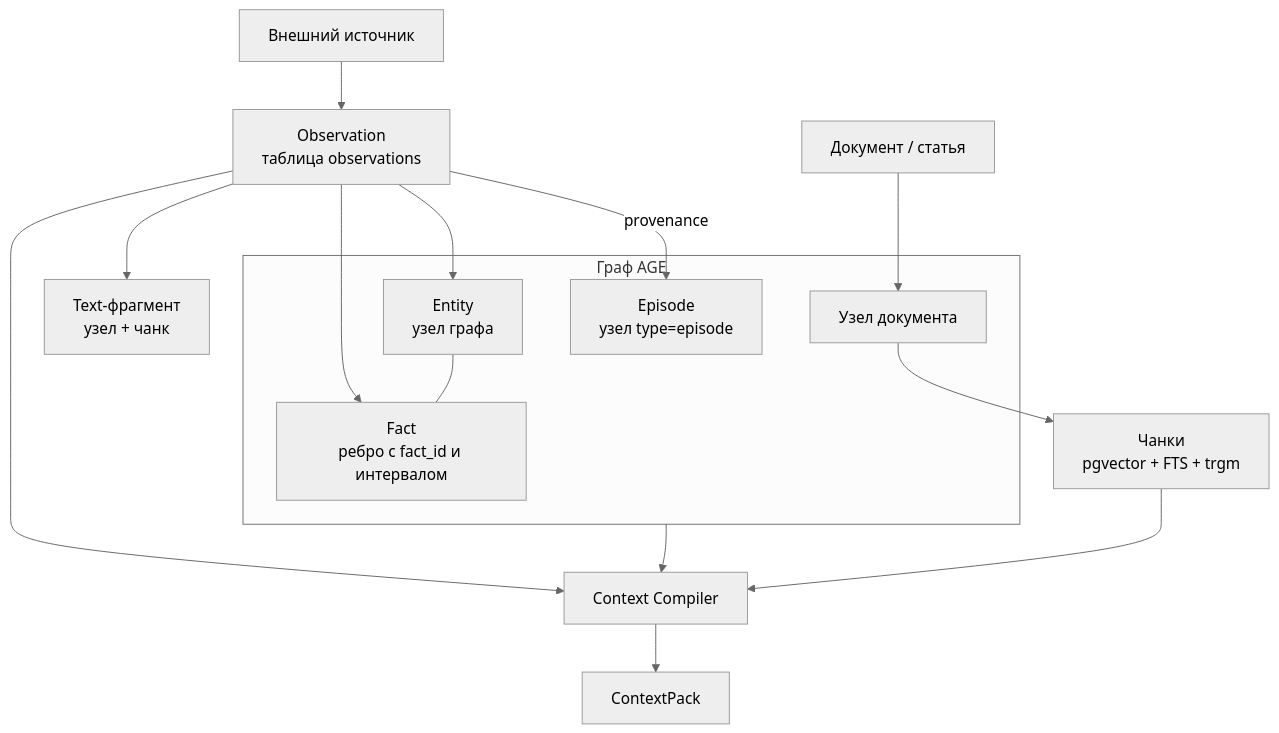
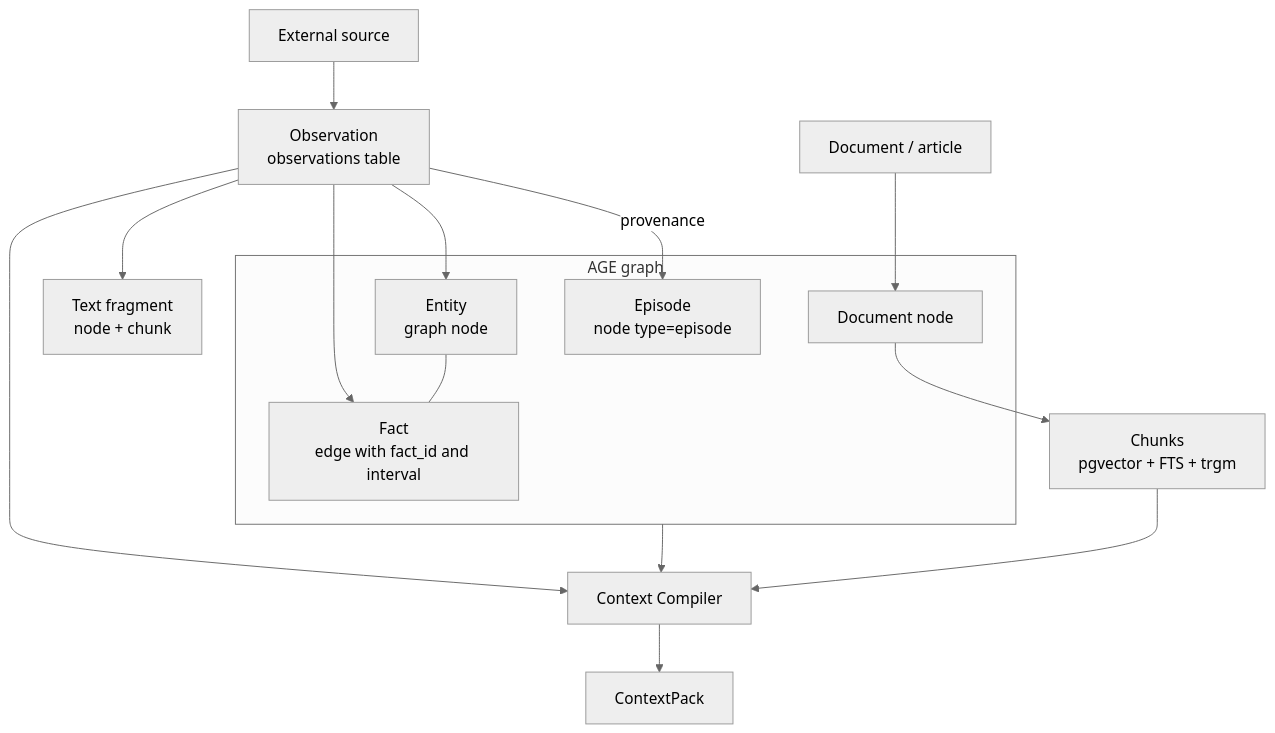
Before and after one commit to monthu56/taimen: the diagram in guide/docs/memory/knowledge-model.md, drawn with Mermaid (neutral theme). The commit also changed other lines of this file and 183 other files, not shown here.

````diff
--- a/guide/docs/memory/knowledge-model.md
+++ b/guide/docs/memory/knowledge-model.md
@@ -36,20 +38,20 @@
 ```mermaid
 flowchart TB
-    SRC[Внешний источник] --> OBS[Observation<br/>таблица observations]
-    OBS -- provenance --> EP[Episode<br/>узел type=episode]
-    OBS --> ENT[Entity<br/>узел графа]
-    OBS --> FACT[Fact<br/>ребро с fact_id и интервалом]
-    OBS --> TXT[Text-фрагмент<br/>узел + чанк]
-    DOC[Документ / статья] --> NODE[Узел документа] --> CH[Чанки<br/>pgvector + FTS + trgm]
+    SRC[External source] --> OBS[Observation<br/>observations table]
+    OBS -- provenance --> EP[Episode<br/>node type=episode]
+    OBS --> ENT[Entity<br/>graph node]
+    OBS --> FACT[Fact<br/>edge with fact_id and interval]
+    OBS --> TXT[Text fragment<br/>node + chunk]
+    DOC[Document / article] --> NODE[Document node] --> CH[Chunks<br/>pgvector + FTS + trgm]
     ENT --- FACT
-    subgraph G[Граф AGE]
+    subgraph G[AGE graph]
         EP
         ENT
         FACT
         NODE
     end
     G --> CC[Context Compiler]
     CH --> CC
     OBS --> CC
     CC --> PACK[ContextPack]
 ```
````
